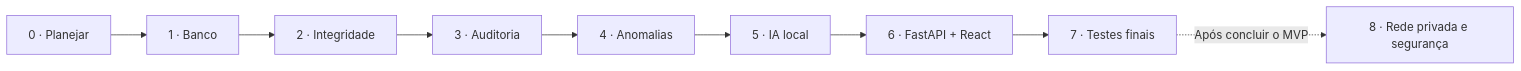
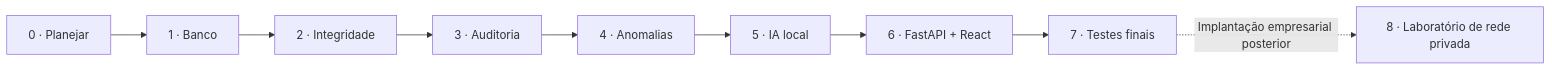
The diagram in docs/README.md (lianeheidemann/ai-privileged-access), drawn with Mermaid before and after one commit. The commit also changed other lines of this file, not shown here.

````diff
--- a/docs/README.md
+++ b/docs/README.md
@@ -9,11 +11,11 @@
 ```mermaid
 flowchart LR
     A["0 · Planejar"] --> B["1 · Banco"]
     B --> C["2 · Integridade"]
     C --> D["3 · Auditoria"]
     D --> E["4 · Anomalias"]
     E --> F["5 · IA local"]
     F --> G["6 · FastAPI + React"]
     G --> H["7 · Testes finais"]
-    H -. "Após concluir o MVP" .-> I["8 · Rede privada e segurança"]
+    H -. "Implantação empresarial posterior" .-> I["8 · Laboratório de rede privada"]
 ```
````
